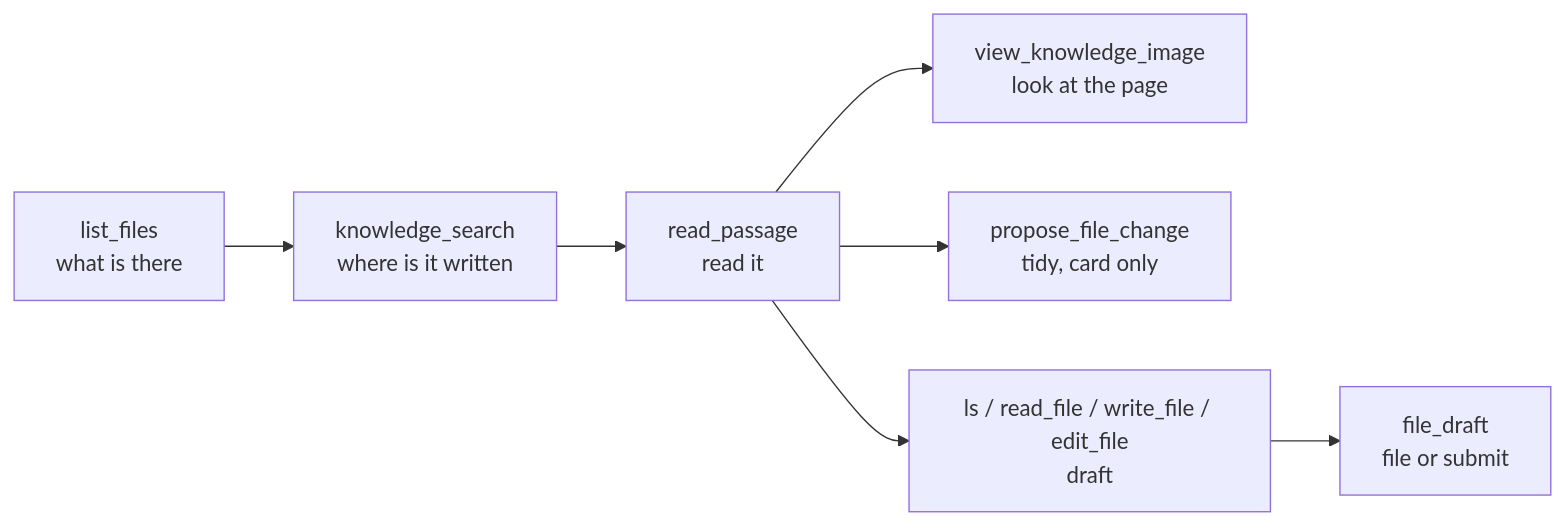
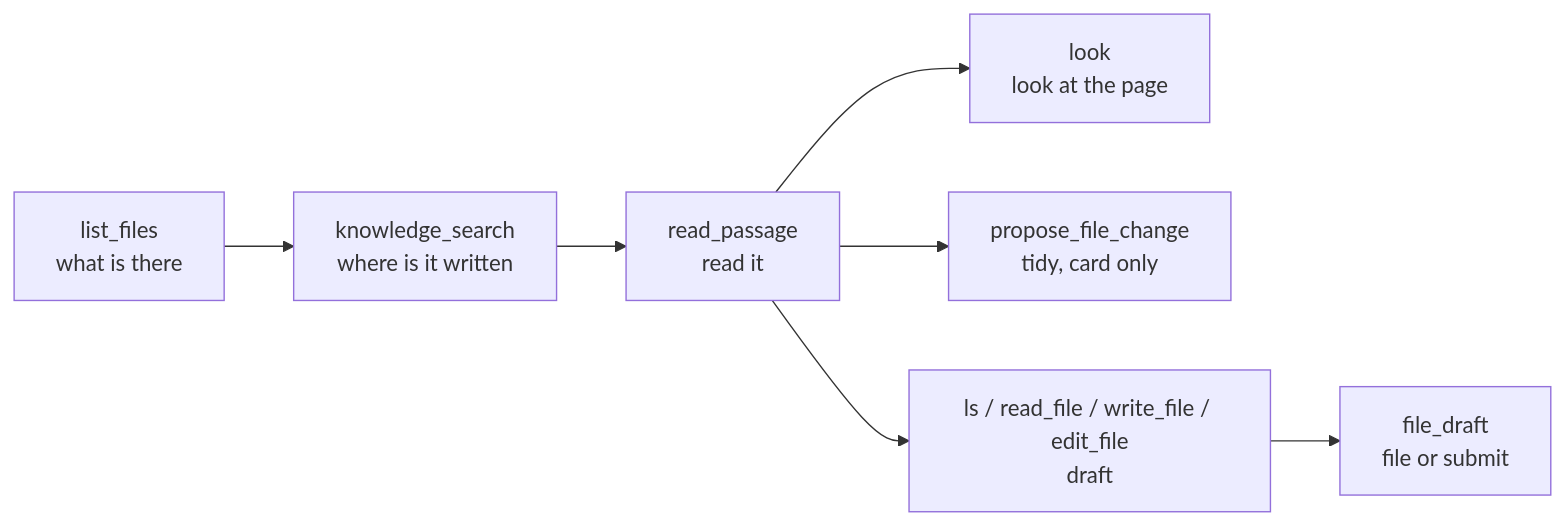
The diagram in docs/architecture/agent-tool-surface.md (archos-at/archos), drawn with Mermaid before and after one commit. The commit also changed other lines of this file and 34 other files, not shown here.

````diff
--- a/docs/architecture/agent-tool-surface.md
+++ b/docs/architecture/agent-tool-surface.md
@@ -72,9 +72,9 @@
 ```mermaid
 flowchart LR
   L[list_files<br/>what is there] --> S[knowledge_search<br/>where is it written]
   S --> R[read_passage<br/>read it]
-  R --> V[view_knowledge_image<br/>look at the page]
+  R --> V[look<br/>look at the page]
   R --> P[propose_file_change<br/>tidy, card only]
   R --> W[ls / read_file / write_file / edit_file<br/>draft]
   W --> F[file_draft<br/>file or submit]
 ```
````
